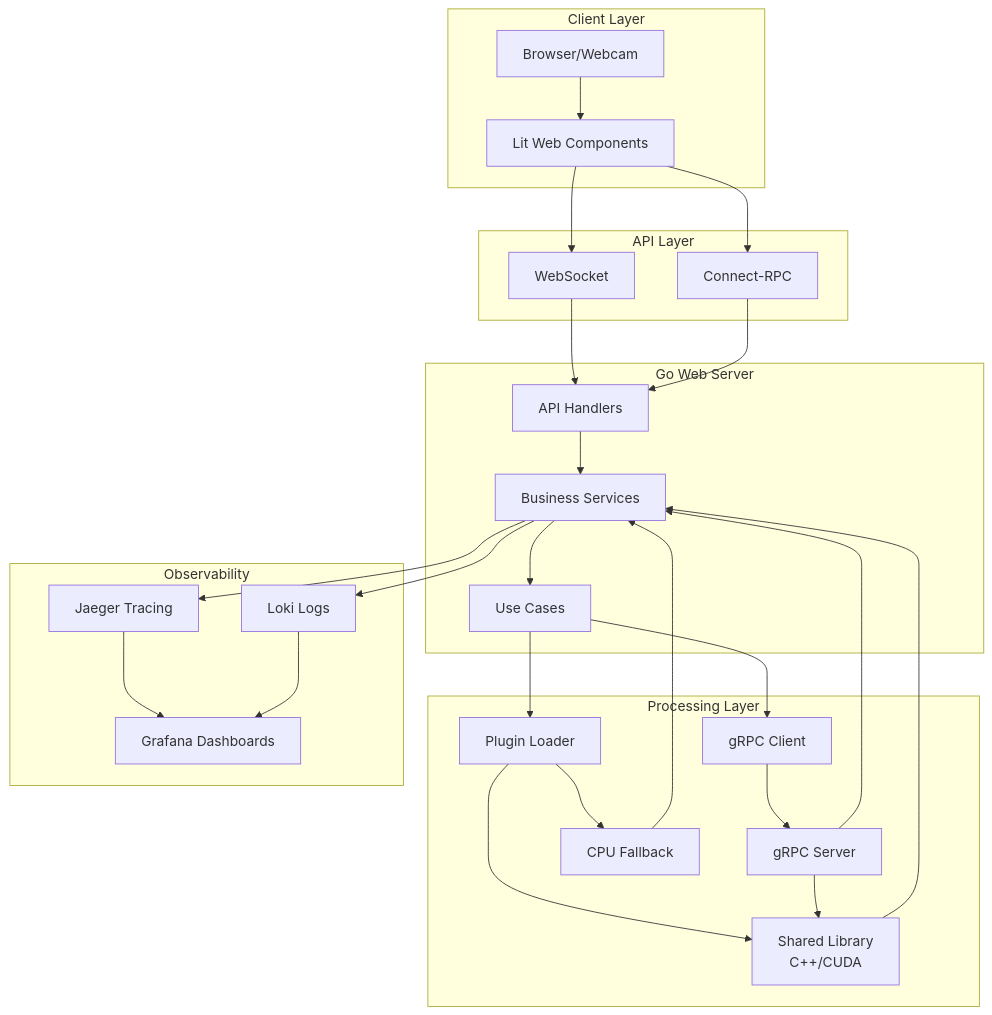
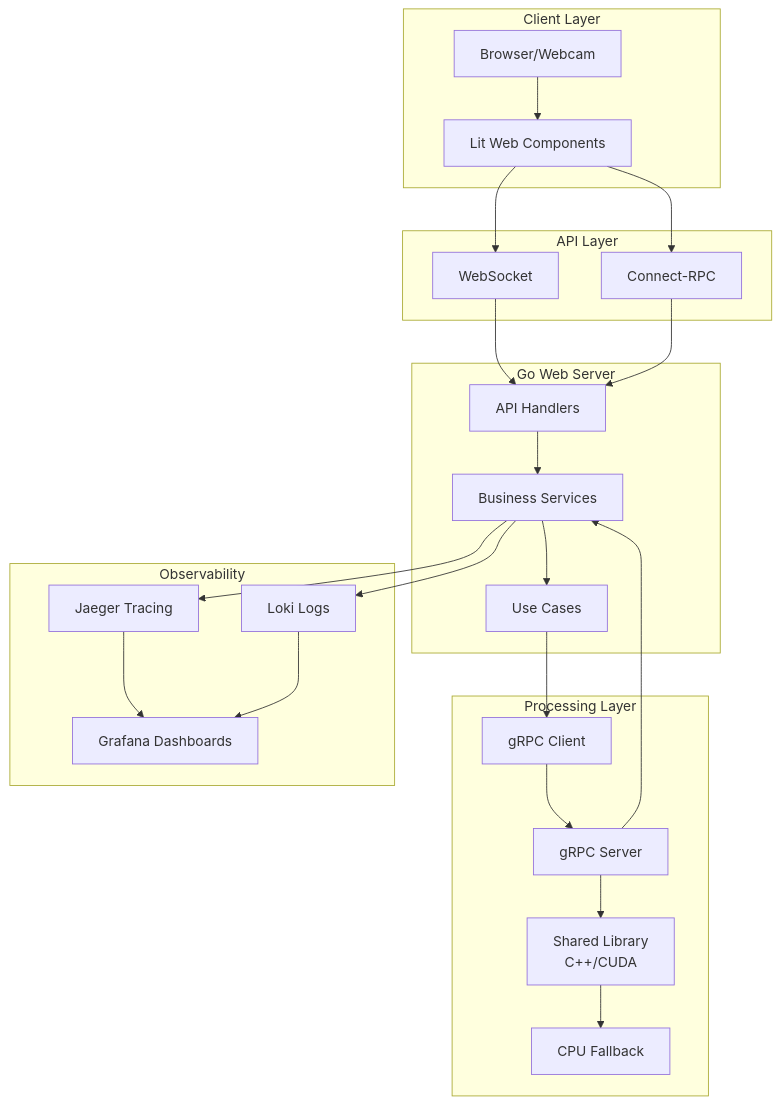
The first of 2 diagrams in README.md (josnelihurt/learning-cuda), drawn with Mermaid before and after one commit. The commit also changed other lines of this file and 239 other files, not shown here.

````diff
--- a/README.md
+++ b/README.md
@@ -49,53 +49,48 @@
 ```mermaid
 graph TB
     subgraph "Client Layer"
         Browser[Browser/Webcam]
         UI[Lit Web Components]
     end
     
     subgraph "API Layer"
         WS[WebSocket]
         ConnectRPC[Connect-RPC]
     end
     
     subgraph "Go Web Server"
         API[API Handlers]
         Services[Business Services]
         UseCases[Use Cases]
     end
     
     subgraph "Processing Layer"
-        Plugin[Plugin Loader]
         GRPCClient[gRPC Client]
         GRPCServer[gRPC Server]
         SharedLib[Shared Library<br/>C++/CUDA]
         CPU[CPU Fallback]
     end
     
     subgraph "Observability"
         Jaeger[Jaeger Tracing]
         Grafana[Grafana Dashboards]
         Loki[Loki Logs]
     end
     
     Browser --> UI
     UI --> WS
     UI --> ConnectRPC
     WS --> API
     ConnectRPC --> API
     API --> Services
     Services --> UseCases
-    UseCases --> Plugin
     UseCases --> GRPCClient
-    Plugin --> SharedLib
-    Plugin --> CPU
     GRPCClient --> GRPCServer
     GRPCServer --> SharedLib
-    SharedLib --> Services
-    CPU --> Services
+    SharedLib --> CPU
     GRPCServer --> Services
     Services --> Jaeger
     Services --> Loki
     Jaeger --> Grafana
     Loki --> Grafana
 ```
````
